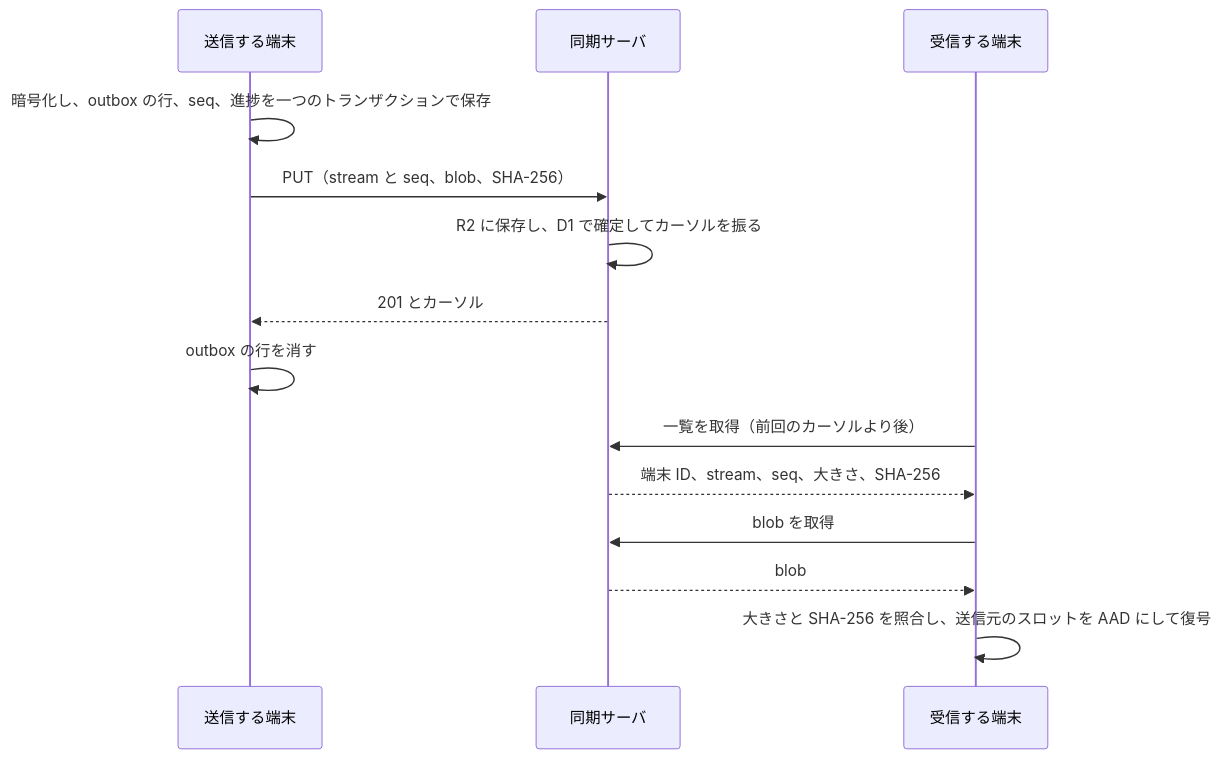
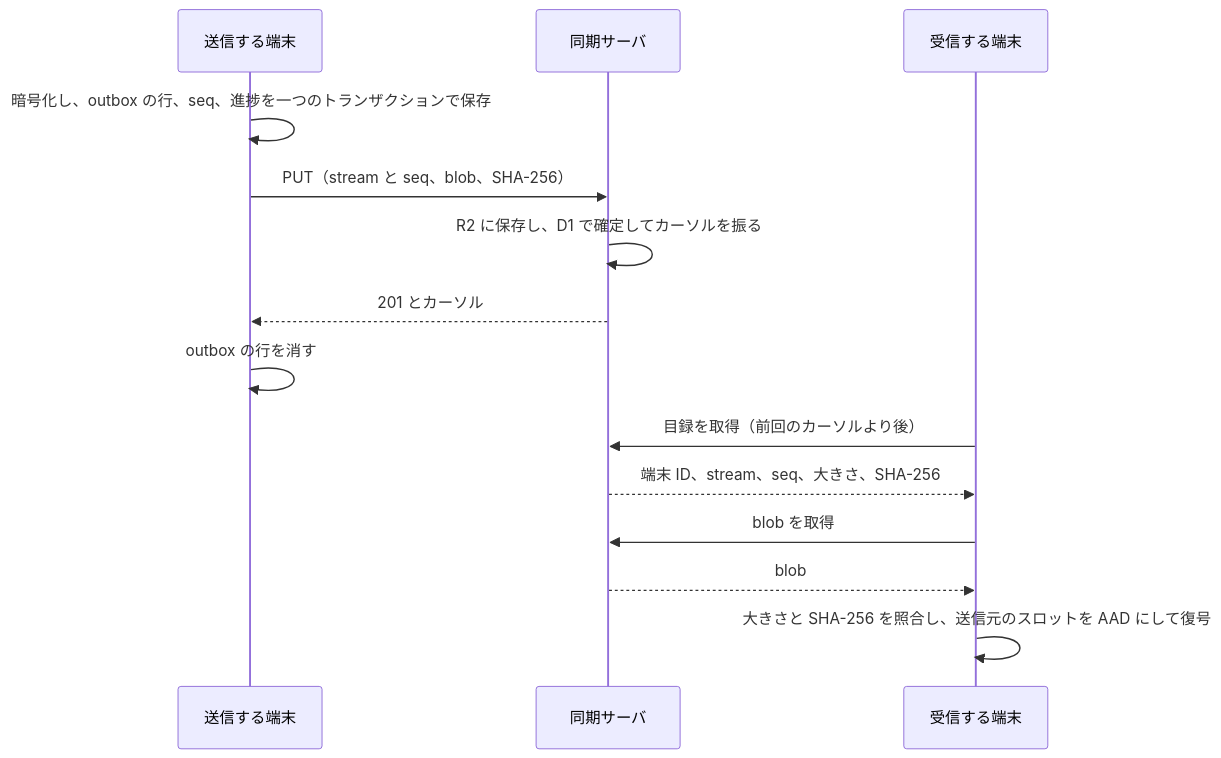
Before and after one commit to sksat/ashidori: the first of 2 diagrams in docs/sync.md, drawn with Mermaid. The commit also changed other lines of this file and 26 other files, not shown here.

````diff
--- a/docs/sync.md
+++ b/docs/sync.md
@@ -11,16 +11,16 @@
 ```mermaid
 sequenceDiagram
   participant A as 送信する端末
   participant S as 同期サーバ
   participant B as 受信する端末
   A->>A: 暗号化し、outbox の行、seq、進捗を一つのトランザクションで保存
   A->>S: PUT（stream と seq、blob、SHA-256）
   S->>S: R2 に保存し、D1 で確定してカーソルを振る
   S-->>A: 201 とカーソル
   A->>A: outbox の行を消す
-  B->>S: 一覧を取得（前回のカーソルより後）
+  B->>S: 目録を取得（前回のカーソルより後）
   S-->>B: 端末 ID、stream、seq、大きさ、SHA-256
   B->>S: blob を取得
   S-->>B: blob
   B->>B: 大きさと SHA-256 を照合し、送信元のスロットを AAD にして復号
 ```
````
